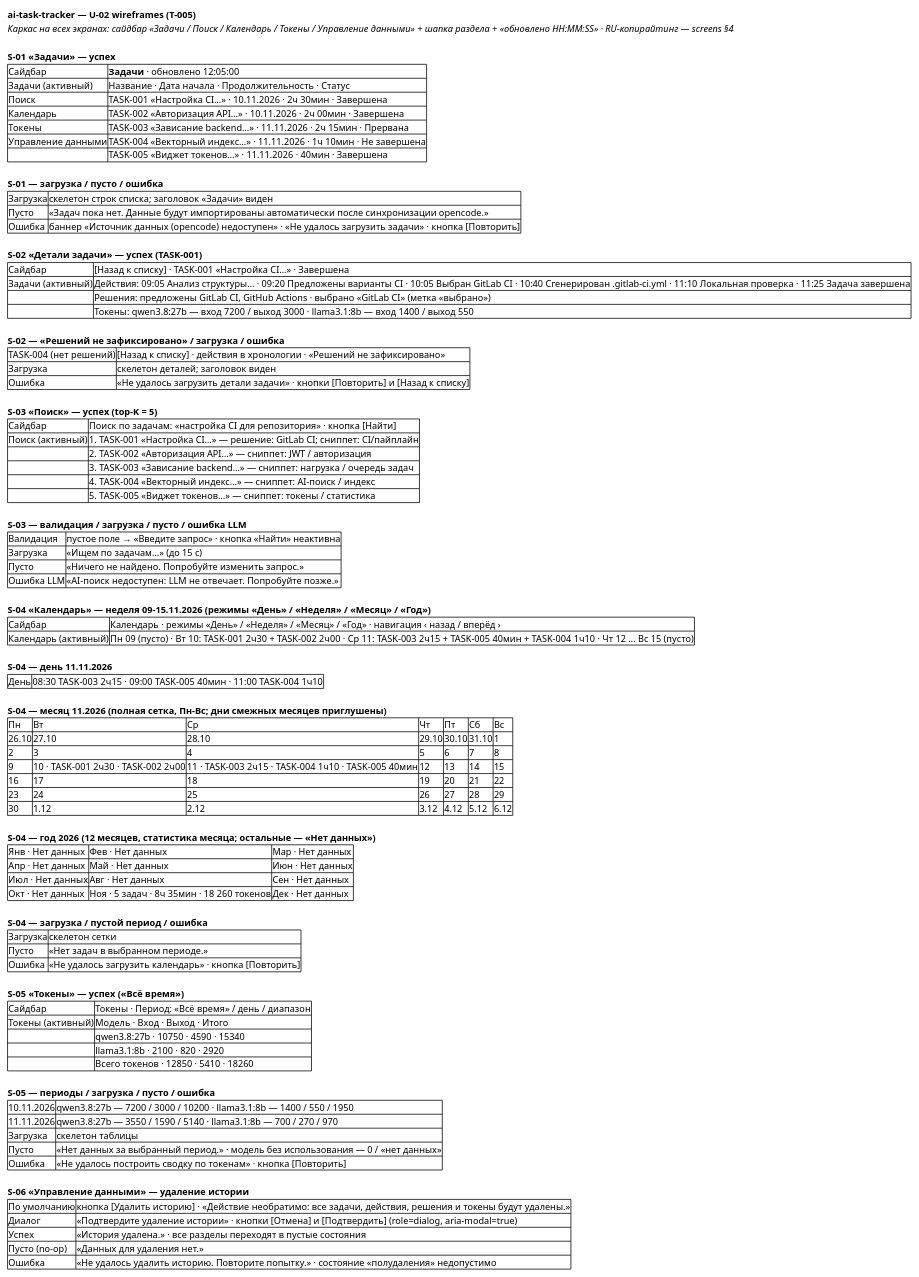
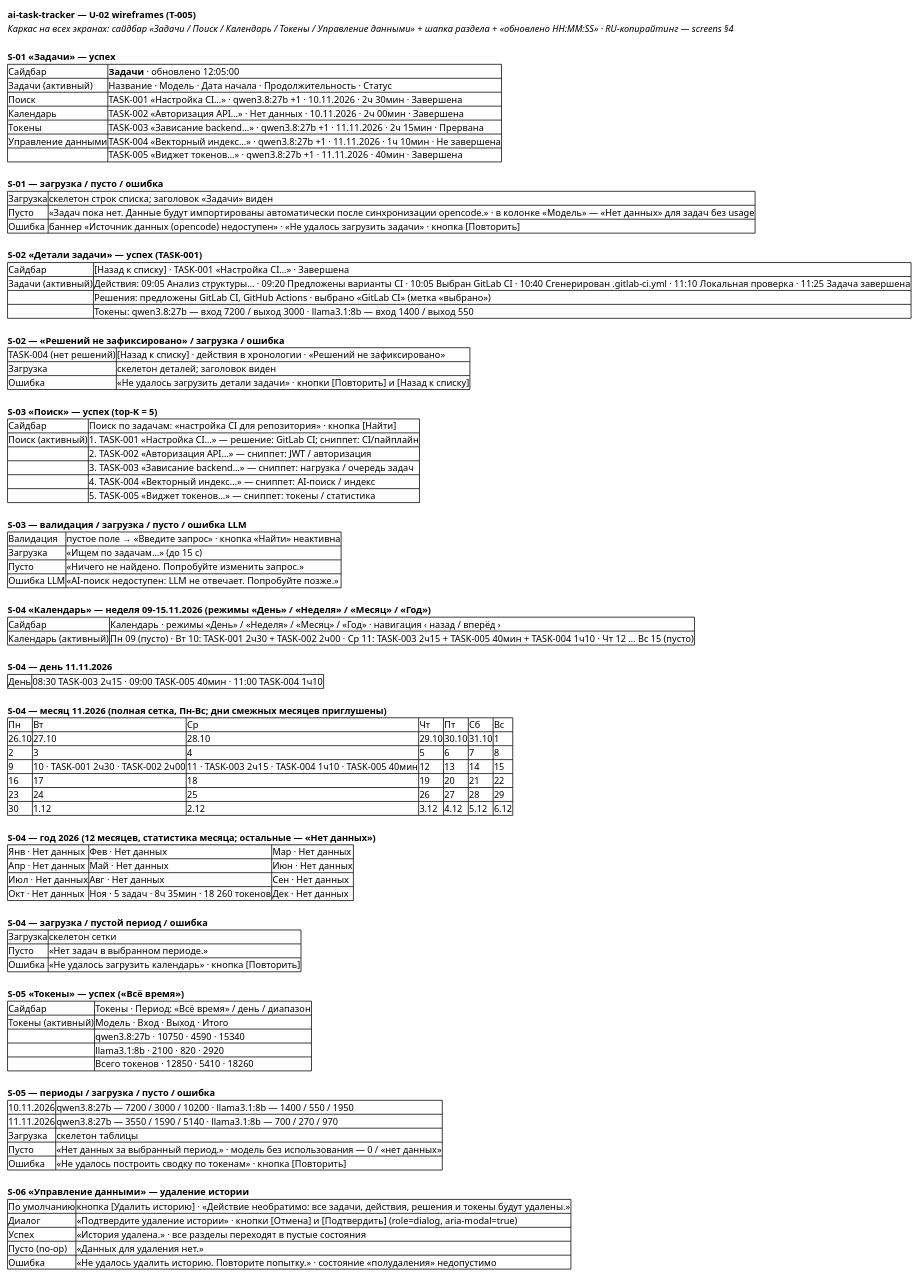
The diagram in docs/ux/wireframes-ai-task-tracker.puml (serge-sasov/ai-task-tracker), drawn with PlantUML before and after one commit. The commit also changed 14 other files, not shown here.

```diff
--- a/docs/ux/wireframes-ai-task-tracker.puml
+++ b/docs/ux/wireframes-ai-task-tracker.puml
@@ -1,125 +1,125 @@
 @startsalt
-' Wireframes: ai-task-tracker (T-005, U-02)
+' Wireframes: ai-task-tracker (T-005, T-021, U-02)
 ' Экраны S-01..S-06 + состояния, влияющие на layout: загрузка / пусто / успех / ошибка
 ' RU-копирайтинг: docs/ux/screens-ai-task-tracker.md §4 (канонические тексты)
 ' Общий каркас: левый сайдбар (5 пунктов) + шапка раздела + «обновлено HH:MM:SS»
 {
   <b>ai-task-tracker — U-02 wireframes (T-005)</b>
   <i>Каркас на всех экранах: сайдбар «Задачи / Поиск / Календарь / Токены / Управление данными» + шапка раздела + «обновлено HH:MM:SS» · RU-копирайтинг — screens §4</i>
   .
   <b>S-01 «Задачи» — успех</b>
   {#
     Сайдбар | <b>Задачи</b> · обновлено 12:05:00
-    Задачи (активный) | Название · Дата начала · Продолжительность · Статус
-    Поиск | TASK-001 «Настройка CI…» · 10.11.2026 · 2ч 30мин · Завершена
-    Календарь | TASK-002 «Авторизация API…» · 10.11.2026 · 2ч 00мин · Завершена
-    Токены | TASK-003 «Зависание backend…» · 11.11.2026 · 2ч 15мин · Прервана
-    Управление данными | TASK-004 «Векторный индекс…» · 11.11.2026 · 1ч 10мин · Не завершена
-    . | TASK-005 «Виджет токенов…» · 11.11.2026 · 40мин · Завершена
+    Задачи (активный) | Название · Модель · Дата начала · Продолжительность · Статус
+    Поиск | TASK-001 «Настройка CI…» · qwen3.8:27b +1 · 10.11.2026 · 2ч 30мин · Завершена
+    Календарь | TASK-002 «Авторизация API…» · Нет данных · 10.11.2026 · 2ч 00мин · Завершена
+    Токены | TASK-003 «Зависание backend…» · qwen3.8:27b +1 · 11.11.2026 · 2ч 15мин · Прервана
+    Управление данными | TASK-004 «Векторный индекс…» · qwen3.8:27b +1 · 11.11.2026 · 1ч 10мин · Не завершена
+    . | TASK-005 «Виджет токенов…» · qwen3.8:27b +1 · 11.11.2026 · 40мин · Завершена
   }
   .
   <b>S-01 — загрузка / пусто / ошибка</b>
   {#
     Загрузка | скелетон строк списка; заголовок «Задачи» виден
-    Пусто | «Задач пока нет. Данные будут импортированы автоматически после синхронизации opencode.»
+    Пусто | «Задач пока нет. Данные будут импортированы автоматически после синхронизации opencode.» · в колонке «Модель» — «Нет данных» для задач без usage
     Ошибка | баннер «Источник данных (opencode) недоступен» · «Не удалось загрузить задачи» · кнопка [Повторить]
   }
   .
   <b>S-02 «Детали задачи» — успех (TASK-001)</b>
   {#
     Сайдбар | [Назад к списку] · TASK-001 «Настройка CI…» · Завершена
     Задачи (активный) | Действия: 09:05 Анализ структуры… · 09:20 Предложены варианты CI · 10:05 Выбран GitLab CI · 10:40 Сгенерирован .gitlab-ci.yml · 11:10 Локальная проверка · 11:25 Задача завершена
     . | Решения: предложены GitLab CI, GitHub Actions · выбрано «GitLab CI» (метка «выбрано»)
     . | Токены: qwen3.8:27b — вход 7200 / выход 3000 · llama3.1:8b — вход 1400 / выход 550
   }
   .
   <b>S-02 — «Решений не зафиксировано» / загрузка / ошибка</b>
   {#
     TASK-004 (нет решений) | [Назад к списку] · действия в хронологии · «Решений не зафиксировано»
     Загрузка | скелетон деталей; заголовок виден
     Ошибка | «Не удалось загрузить детали задачи» · кнопки [Повторить] и [Назад к списку]
   }
   .
   <b>S-03 «Поиск» — успех (top-K = 5)</b>
   {#
     Сайдбар | Поиск по задачам: «настройка CI для репозитория» · кнопка [Найти]
     Поиск (активный) | 1. TASK-001 «Настройка CI…» — решение: GitLab CI; сниппет: CI/пайплайн
     . | 2. TASK-002 «Авторизация API…» — сниппет: JWT / авторизация
     . | 3. TASK-003 «Зависание backend…» — сниппет: нагрузка / очередь задач
     . | 4. TASK-004 «Векторный индекс…» — сниппет: AI-поиск / индекс
     . | 5. TASK-005 «Виджет токенов…» — сниппет: токены / статистика
   }
   .
   <b>S-03 — валидация / загрузка / пусто / ошибка LLM</b>
   {#
     Валидация | пустое поле → «Введите запрос» · кнопка «Найти» неактивна
     Загрузка | «Ищем по задачам…» (до 15 с)
     Пусто | «Ничего не найдено. Попробуйте изменить запрос.»
     Ошибка LLM | «AI-поиск недоступен: LLM не отвечает. Попробуйте позже.»
   }
   .
   <b>S-04 «Календарь» — неделя 09–15.11.2026 (режимы «День» / «Неделя» / «Месяц» / «Год»)</b>
   {#
     Сайдбар | Календарь · режимы «День» / «Неделя» / «Месяц» / «Год» · навигация ‹ назад / вперёд ›
     Календарь (активный) | Пн 09 (пусто) · Вт 10: TASK-001 2ч30 + TASK-002 2ч00 · Ср 11: TASK-003 2ч15 + TASK-005 40мин + TASK-004 1ч10 · Чт 12 … Вс 15 (пусто)
   }
   .
   <b>S-04 — день 11.11.2026</b>
   {#
     День | 08:30 TASK-003 2ч15 · 09:00 TASK-005 40мин · 11:00 TASK-004 1ч10
   }
   .
   <b>S-04 — месяц 11.2026 (полная сетка, Пн–Вс; дни смежных месяцев приглушены)</b>
   {#
     Пн | Вт | Ср | Чт | Пт | Сб | Вс
     26.10 | 27.10 | 28.10 | 29.10 | 30.10 | 31.10 | 1
     2 | 3 | 4 | 5 | 6 | 7 | 8
     9 | 10 · TASK-001 2ч30 · TASK-002 2ч00 | 11 · TASK-003 2ч15 · TASK-004 1ч10 · TASK-005 40мин | 12 | 13 | 14 | 15
     16 | 17 | 18 | 19 | 20 | 21 | 22
     23 | 24 | 25 | 26 | 27 | 28 | 29
     30 | 1.12 | 2.12 | 3.12 | 4.12 | 5.12 | 6.12
   }
   .
   <b>S-04 — год 2026 (12 месяцев, статистика месяца; остальные — «Нет данных»)</b>
   {#
     Янв · Нет данных | Фев · Нет данных | Мар · Нет данных
     Апр · Нет данных | Май · Нет данных | Июн · Нет данных
     Июл · Нет данных | Авг · Нет данных | Сен · Нет данных
     Окт · Нет данных | Ноя · 5 задач · 8ч 35мин · 18 260 токенов | Дек · Нет данных
   }
   .
   <b>S-04 — загрузка / пустой период / ошибка</b>
   {#
     Загрузка | скелетон сетки
     Пусто | «Нет задач в выбранном периоде.»
     Ошибка | «Не удалось загрузить календарь» · кнопка [Повторить]
   }
   .
   <b>S-05 «Токены» — успех («Всё время»)</b>
   {#
     Сайдбар | Токены · Период: «Всё время» / день / диапазон
     Токены (активный) | Модель · Вход · Выход · Итого
     . | qwen3.8:27b · 10750 · 4590 · 15340
     . | llama3.1:8b · 2100 · 820 · 2920
     . | Всего токенов · 12850 · 5410 · 18260
   }
   .
   <b>S-05 — периоды / загрузка / пусто / ошибка</b>
   {#
     10.11.2026 | qwen3.8:27b — 7200 / 3000 / 10200 · llama3.1:8b — 1400 / 550 / 1950
     11.11.2026 | qwen3.8:27b — 3550 / 1590 / 5140 · llama3.1:8b — 700 / 270 / 970
     Загрузка | скелетон таблицы
     Пусто | «Нет данных за выбранный период.» · модель без использования — 0 / «нет данных»
     Ошибка | «Не удалось построить сводку по токенам» · кнопка [Повторить]
   }
   .
   <b>S-06 «Управление данными» — удаление истории</b>
   {#
     По умолчанию | кнопка [Удалить историю] · «Действие необратимо: все задачи, действия, решения и токены будут удалены.»
     Диалог | «Подтвердите удаление истории» · кнопки [Отмена] и [Подтвердить] (role=dialog, aria-modal=true)
     Успех | «История удалена.» · все разделы переходят в пустые состояния
     Пусто (no-op) | «Данных для удаления нет.»
     Ошибка | «Не удалось удалить историю. Повторите попытку.» · состояние «полудаления» недопустимо
   }
 }
 @endsalt
```
